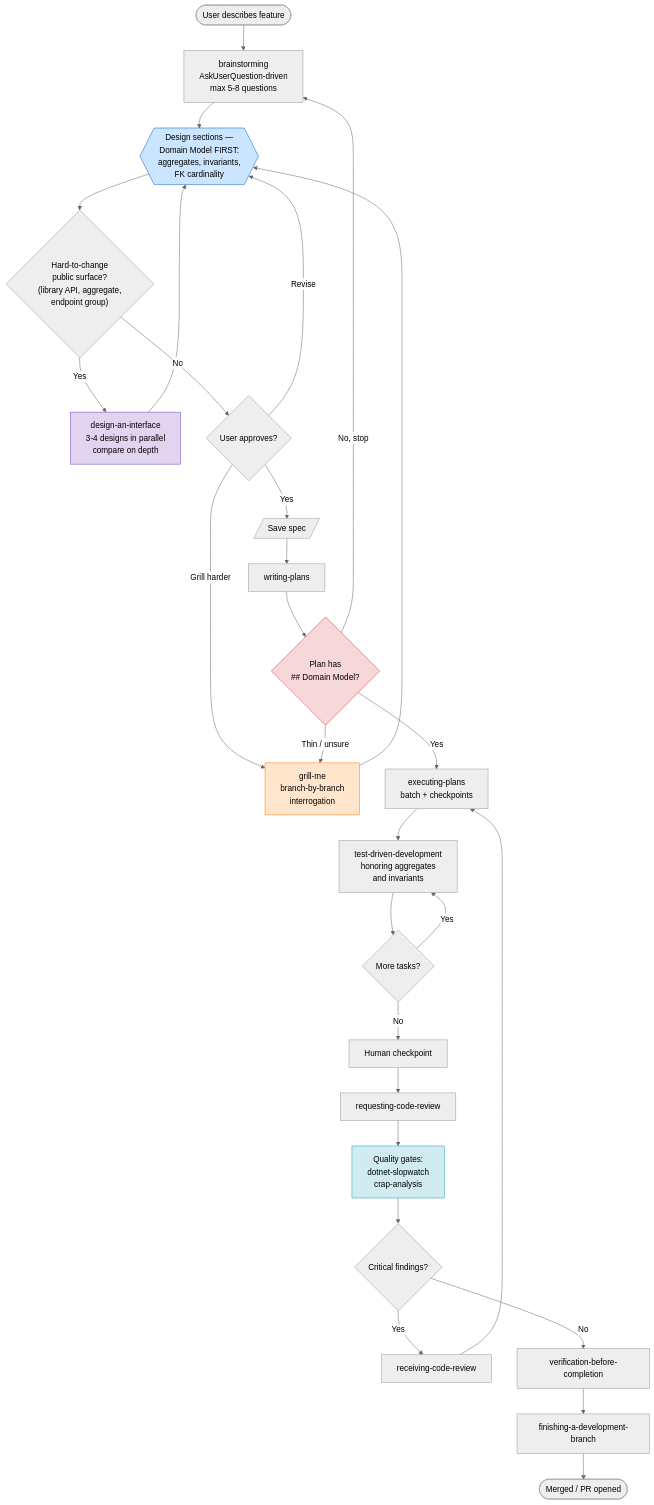
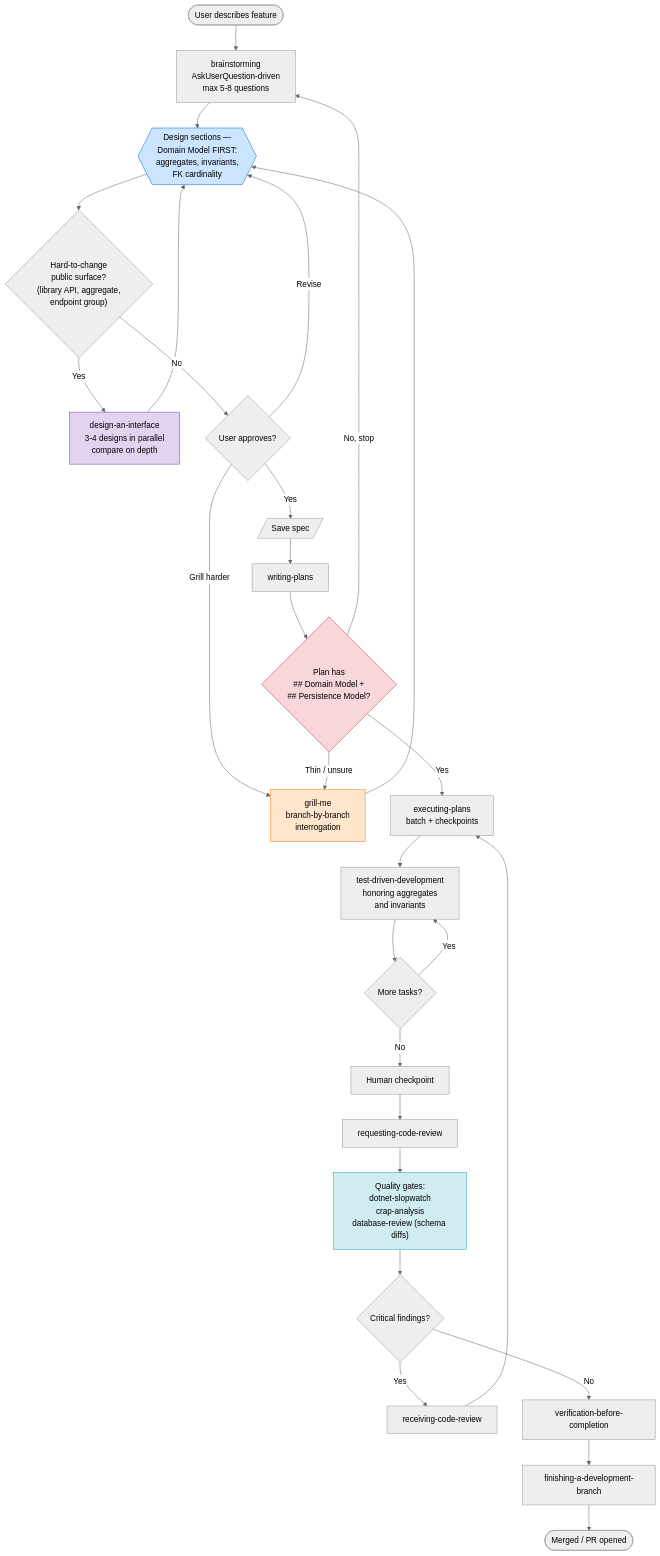
Before and after one commit to MudraMartin/dotlight-skillset: the second of 3 diagrams in README.md, drawn with Mermaid (neutral theme). The commit also changed other lines of this file and 76 other files, not shown here.

````diff
--- a/README.md
+++ b/README.md
@@ -176,36 +183,36 @@
 ```mermaid
 flowchart TD
     User([User describes feature]) --> BS["brainstorming<br/>AskUserQuestion-driven<br/>max 5-8 questions"]
     BS --> DomainFirst{{"Design sections —<br/>Domain Model FIRST:<br/>aggregates, invariants,<br/>FK cardinality"}}
     DomainFirst --> SurfaceCheck{"Hard-to-change<br/>public surface?<br/>(library API, aggregate,<br/>endpoint group)"}
     SurfaceCheck -->|Yes| DAI["design-an-interface<br/>3-4 designs in parallel<br/>compare on depth"]
     DAI --> DomainFirst
     SurfaceCheck -->|No| Approve{"User approves?"}
     Approve -->|Grill harder| Grill["grill-me<br/>branch-by-branch<br/>interrogation"]
     Grill --> DomainFirst
     Approve -->|Revise| DomainFirst
     Approve -->|Yes| Spec[/"Save spec"/]
     Spec --> WP[writing-plans]
-    WP --> DMGate{"Plan has<br/>## Domain Model?"}
+    WP --> DMGate{"Plan has<br/>## Domain Model +<br/>## Persistence Model?"}
     DMGate -->|No, stop| BS
     DMGate -->|Thin / unsure| Grill
     DMGate -->|Yes| EP["executing-plans<br/>batch + checkpoints"]
     EP --> TDD["test-driven-development<br/>honoring aggregates<br/>and invariants"]
     TDD --> TaskLoop{"More tasks?"}
     TaskLoop -->|Yes| TDD
     TaskLoop -->|No| Checkpoint[Human checkpoint]
     Checkpoint --> RCR[requesting-code-review]
-    RCR --> QG["Quality gates:<br/>dotnet-slopwatch<br/>crap-analysis"]
+    RCR --> QG["Quality gates:<br/>dotnet-slopwatch<br/>crap-analysis<br/>database-review (schema diffs)"]
     QG --> Critical{"Critical findings?"}
     Critical -->|Yes| RRev[receiving-code-review]
     RRev --> EP
     Critical -->|No| VBC[verification-before-completion]
     VBC --> Finish["finishing-a-development-branch"]
     Finish --> Done([Merged / PR opened])
 
     style DomainFirst fill:#cce5ff,stroke:#0066cc
     style DMGate fill:#f8d7da,stroke:#dc3545
     style QG fill:#d1ecf1,stroke:#17a2b8
     style DAI fill:#e2d4f0,stroke:#6f42c1
     style Grill fill:#ffe5cc,stroke:#fd7e14
 ```
````
